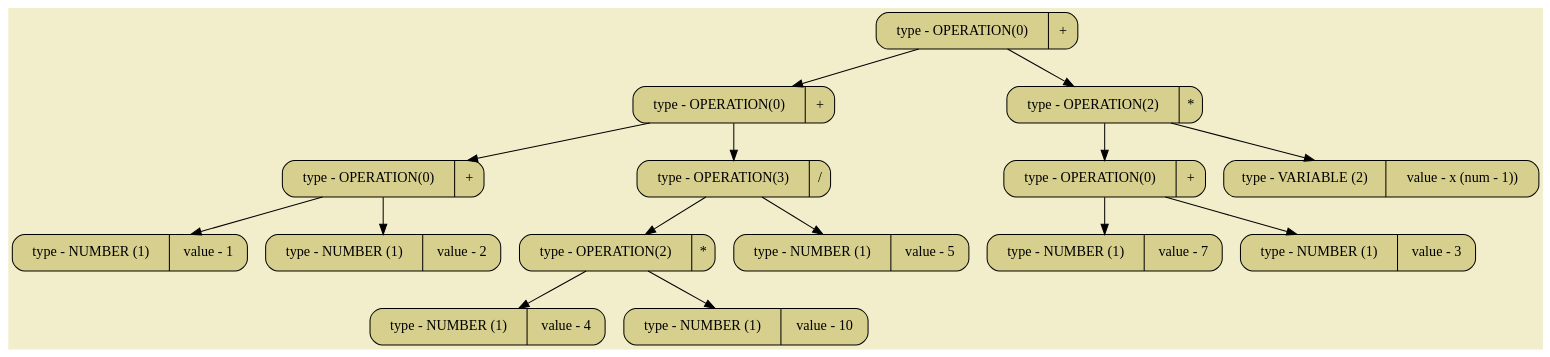
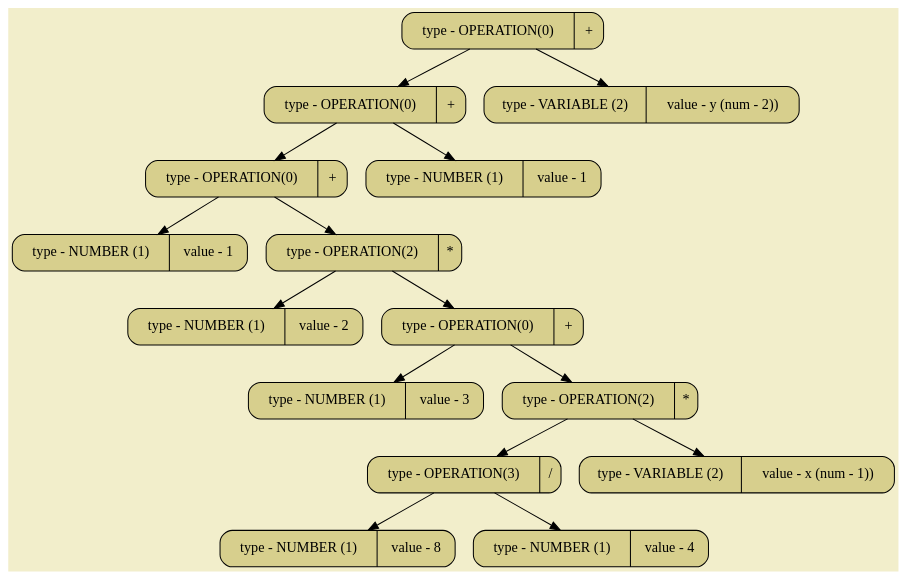
The diagram in pictures/image01.dot (SashaKhaytina/Differenciator), drawn with Graphviz before and after one commit. The commit also changed 8 other files, not shown here.

```diff
--- a/pictures/image01.dot
+++ b/pictures/image01.dot
@@ -1,34 +1,34 @@
 digraph
 {
 bgcolor="#F2EECB";
 rankdir = TB;
-POINT_0x587dad99f490[shape=Mrecord, label = "type - OPERATION(0) | +", style="filled",fillcolor="#D7CF8D"]
-POINT_0x587dad99f8c0[shape=Mrecord, label = "type - OPERATION(0) | +", style="filled",fillcolor="#D7CF8D"]
-POINT_0x587dad99f8e0[shape=Mrecord, label = "type - OPERATION(0) | +", style="filled",fillcolor="#D7CF8D"]
-POINT_0x587dad99f900[shape=Mrecord, label = "type - NUMBER (1) | value - 1", style="filled",fillcolor="#D7CF8D"]
-POINT_0x587dad99f920[shape=Mrecord, label = "type - NUMBER (1) | value - 2", style="filled",fillcolor="#D7CF8D"]
-POINT_0x587dad99f940[shape=Mrecord, label = "type - OPERATION(3) | /", style="filled",fillcolor="#D7CF8D"]
-POINT_0x587dad99f960[shape=Mrecord, label = "type - OPERATION(2) | *", style="filled",fillcolor="#D7CF8D"]
-POINT_0x587dad99f980[shape=Mrecord, label = "type - NUMBER (1) | value - 4", style="filled",fillcolor="#D7CF8D"]
-POINT_0x587dad99f9a0[shape=Mrecord, label = "type - NUMBER (1) | value - 10", style="filled",fillcolor="#D7CF8D"]
-POINT_0x587dad99f9c0[shape=Mrecord, label = "type - NUMBER (1) | value - 5", style="filled",fillcolor="#D7CF8D"]
-POINT_0x587dad99f9e0[shape=Mrecord, label = "type - OPERATION(2) | *", style="filled",fillcolor="#D7CF8D"]
-POINT_0x587dad99fa00[shape=Mrecord, label = "type - OPERATION(0) | +", style="filled",fillcolor="#D7CF8D"]
-POINT_0x587dad99fa20[shape=Mrecord, label = "type - NUMBER (1) | value - 7", style="filled",fillcolor="#D7CF8D"]
-POINT_0x587dad99fa40[shape=Mrecord, label = "type - NUMBER (1) | value - 3", style="filled",fillcolor="#D7CF8D"]
-POINT_0x587dad99fa60[shape=Mrecord, label = "type - VARIABLE (2) | value - x (num - 1))", style="filled",fillcolor="#D7CF8D"]
-POINT_0x587dad99f490 -> POINT_0x587dad99f8c0
-POINT_0x587dad99f490 -> POINT_0x587dad99f9e0
-POINT_0x587dad99f8c0 -> POINT_0x587dad99f8e0
-POINT_0x587dad99f8c0 -> POINT_0x587dad99f940
-POINT_0x587dad99f8e0 -> POINT_0x587dad99f900
-POINT_0x587dad99f8e0 -> POINT_0x587dad99f920
-POINT_0x587dad99f940 -> POINT_0x587dad99f960
-POINT_0x587dad99f940 -> POINT_0x587dad99f9c0
-POINT_0x587dad99f960 -> POINT_0x587dad99f980
-POINT_0x587dad99f960 -> POINT_0x587dad99f9a0
-POINT_0x587dad99f9e0 -> POINT_0x587dad99fa00
-POINT_0x587dad99f9e0 -> POINT_0x587dad99fa60
-POINT_0x587dad99fa00 -> POINT_0x587dad99fa20
-POINT_0x587dad99fa00 -> POINT_0x587dad99fa40
+POINT_0x5fe5ba3a3650[shape=Mrecord, label = "type - OPERATION(0) | +", style="filled",fillcolor="#D7CF8D"]
+POINT_0x5fe5ba3a3610[shape=Mrecord, label = "type - OPERATION(0) | +", style="filled",fillcolor="#D7CF8D"]
+POINT_0x5fe5ba3a35d0[shape=Mrecord, label = "type - OPERATION(0) | +", style="filled",fillcolor="#D7CF8D"]
+POINT_0x5fe5ba3a3490[shape=Mrecord, label = "type - NUMBER (1) | value - 1", style="filled",fillcolor="#D7CF8D"]
+POINT_0x5fe5ba3a35b0[shape=Mrecord, label = "type - OPERATION(2) | *", style="filled",fillcolor="#D7CF8D"]
+POINT_0x5fe5ba3a34b0[shape=Mrecord, label = "type - NUMBER (1) | value - 2", style="filled",fillcolor="#D7CF8D"]
+POINT_0x5fe5ba3a3590[shape=Mrecord, label = "type - OPERATION(0) | +", style="filled",fillcolor="#D7CF8D"]
+POINT_0x5fe5ba3a34d0[shape=Mrecord, label = "type - NUMBER (1) | value - 3", style="filled",fillcolor="#D7CF8D"]
+POINT_0x5fe5ba3a3570[shape=Mrecord, label = "type - OPERATION(2) | *", style="filled",fillcolor="#D7CF8D"]
+POINT_0x5fe5ba3a3530[shape=Mrecord, label = "type - OPERATION(3) | /", style="filled",fillcolor="#D7CF8D"]
+POINT_0x5fe5ba3a34f0[shape=Mrecord, label = "type - NUMBER (1) | value - 8", style="filled",fillcolor="#D7CF8D"]
+POINT_0x5fe5ba3a3510[shape=Mrecord, label = "type - NUMBER (1) | value - 4", style="filled",fillcolor="#D7CF8D"]
+POINT_0x5fe5ba3a3550[shape=Mrecord, label = "type - VARIABLE (2) | value - x (num - 1))", style="filled",fillcolor="#D7CF8D"]
+POINT_0x5fe5ba3a35f0[shape=Mrecord, label = "type - NUMBER (1) | value - 1", style="filled",fillcolor="#D7CF8D"]
+POINT_0x5fe5ba3a3630[shape=Mrecord, label = "type - VARIABLE (2) | value - y (num - 2))", style="filled",fillcolor="#D7CF8D"]
+POINT_0x5fe5ba3a3650 -> POINT_0x5fe5ba3a3610
+POINT_0x5fe5ba3a3650 -> POINT_0x5fe5ba3a3630
+POINT_0x5fe5ba3a3610 -> POINT_0x5fe5ba3a35d0
+POINT_0x5fe5ba3a3610 -> POINT_0x5fe5ba3a35f0
+POINT_0x5fe5ba3a35d0 -> POINT_0x5fe5ba3a3490
+POINT_0x5fe5ba3a35d0 -> POINT_0x5fe5ba3a35b0
+POINT_0x5fe5ba3a35b0 -> POINT_0x5fe5ba3a34b0
+POINT_0x5fe5ba3a35b0 -> POINT_0x5fe5ba3a3590
+POINT_0x5fe5ba3a3590 -> POINT_0x5fe5ba3a34d0
+POINT_0x5fe5ba3a3590 -> POINT_0x5fe5ba3a3570
+POINT_0x5fe5ba3a3570 -> POINT_0x5fe5ba3a3530
+POINT_0x5fe5ba3a3570 -> POINT_0x5fe5ba3a3550
+POINT_0x5fe5ba3a3530 -> POINT_0x5fe5ba3a34f0
+POINT_0x5fe5ba3a3530 -> POINT_0x5fe5ba3a3510
 }
```
